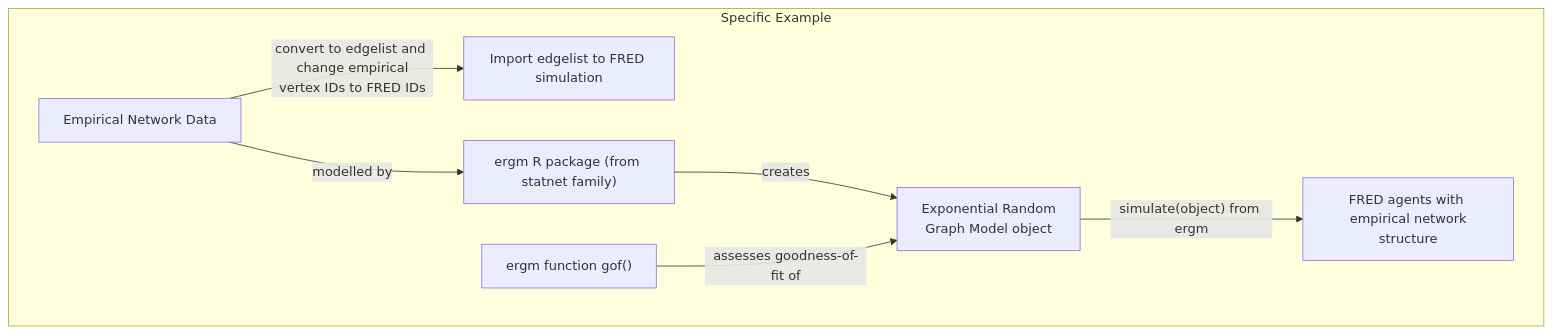
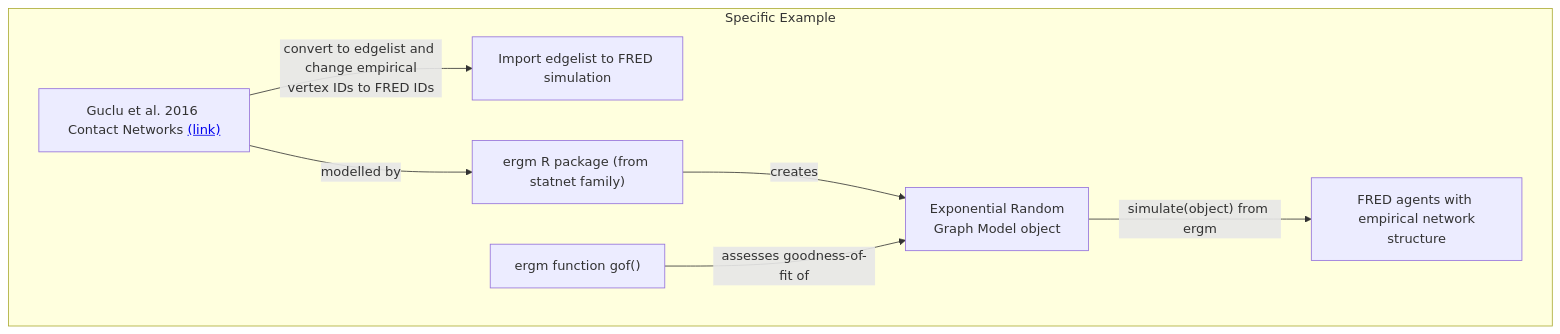
One commit to Epistemix-com/ERGM-for-FRED changed the second of 2 diagrams in README.md. Above: the diagram before and after it, drawn with Mermaid.

````diff
--- a/README.md
+++ b/README.md
@@ -15,10 +15,10 @@
 ```mermaid
 flowchart TB
   subgraph Specific Example
-    A2["Empirical Network Data"]-- "convert to edgelist and \n change empirical vertex IDs to FRED IDs" -->B2b["Import edgelist to FRED simulation"];
+    A2["Guclu et al. 2016 Contact Networks <a href='https://pubmed.ncbi.nlm.nih.gov/26978780/'>(link)</a>"]-- "convert to edgelist and \n change empirical vertex IDs to FRED IDs" -->B2b["Import edgelist to FRED simulation"];
     A2 -- modelled by -->B2a["ergm R package (from statnet family)"];
     B2a -- creates -->C2["Exponential Random \n Graph Model object"];
     D2["ergm function gof()"] -- assesses goodness-of-fit of -->C2;
     C2 -- "simulate(object)" from ergm --> E2["FRED agents with \n empirical network structure"];
   end
 ```
````
